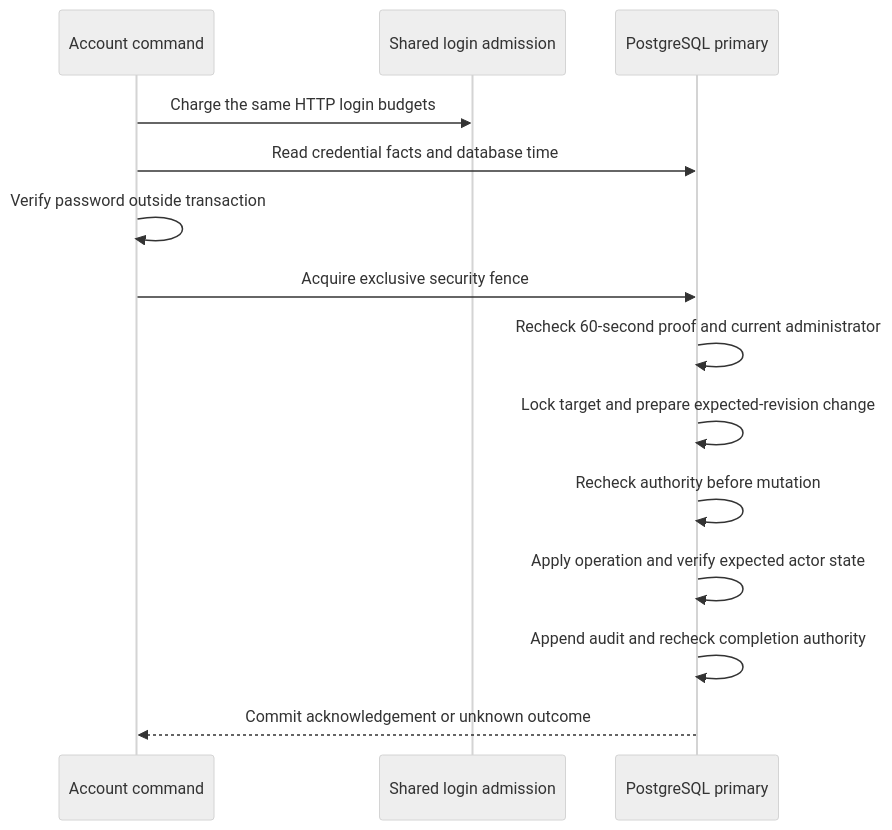
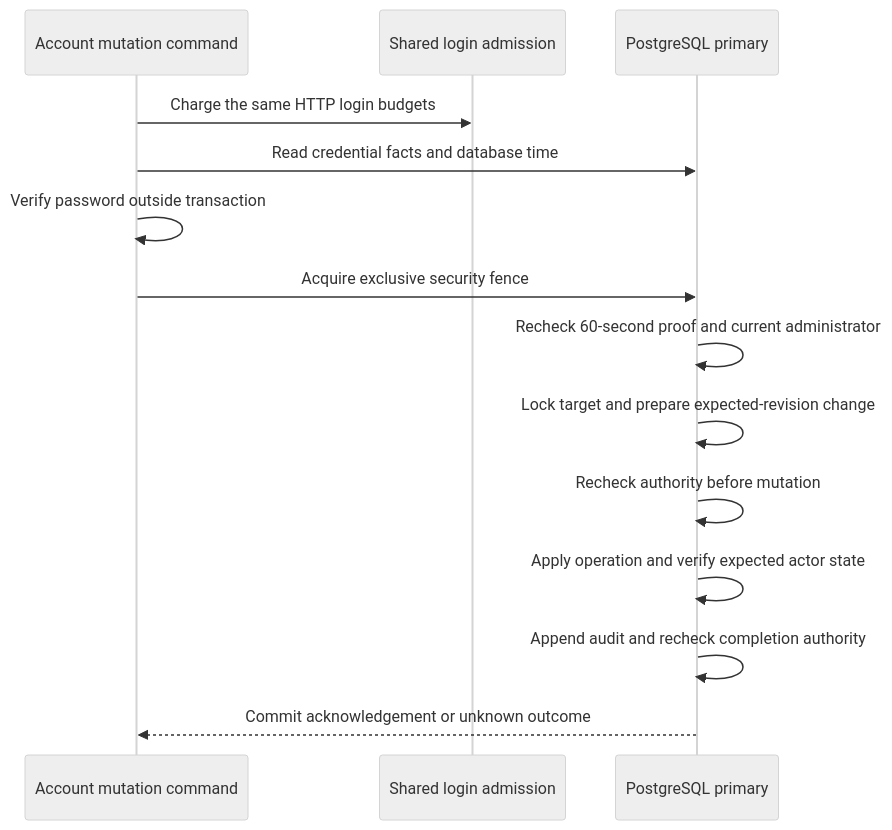
One commit to OneTesseractInMultiverse/darkhorse-identity changed the second of 2 diagrams in docs/operator-accounts.md. Above: the diagram before and after it, drawn with Mermaid (neutral theme). The commit also changed other lines of this file and 19 other files, not shown here.

````diff
--- a/docs/operator-accounts.md
+++ b/docs/operator-accounts.md
@@ -122,16 +124,16 @@
 ```mermaid
 sequenceDiagram
-    participant O as Account command
+    participant O as Account mutation command
     participant L as Shared login admission
     participant P as PostgreSQL primary
     O->>L: Charge the same HTTP login budgets
     O->>P: Read credential facts and database time
     O->>O: Verify password outside transaction
     O->>P: Acquire exclusive security fence
     P->>P: Recheck 60-second proof and current administrator
     P->>P: Lock target and prepare expected-revision change
     P->>P: Recheck authority before mutation
     P->>P: Apply operation and verify expected actor state
     P->>P: Append audit and recheck completion authority
     P-->>O: Commit acknowledgement or unknown outcome
 ```
````
